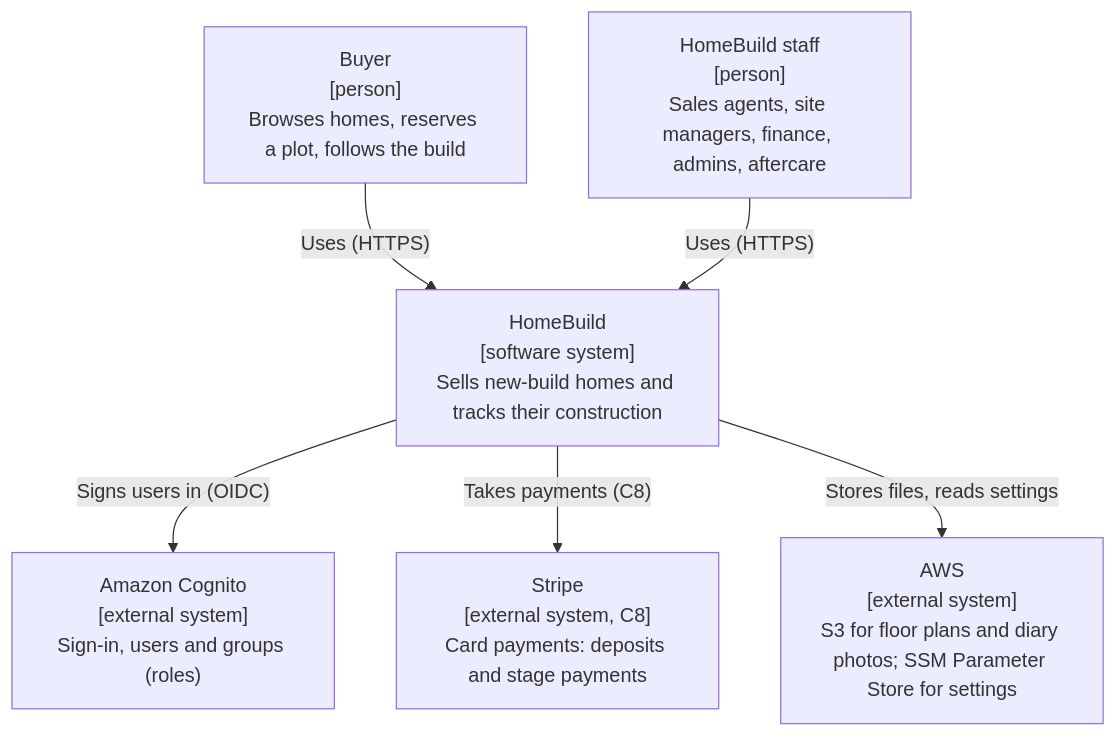
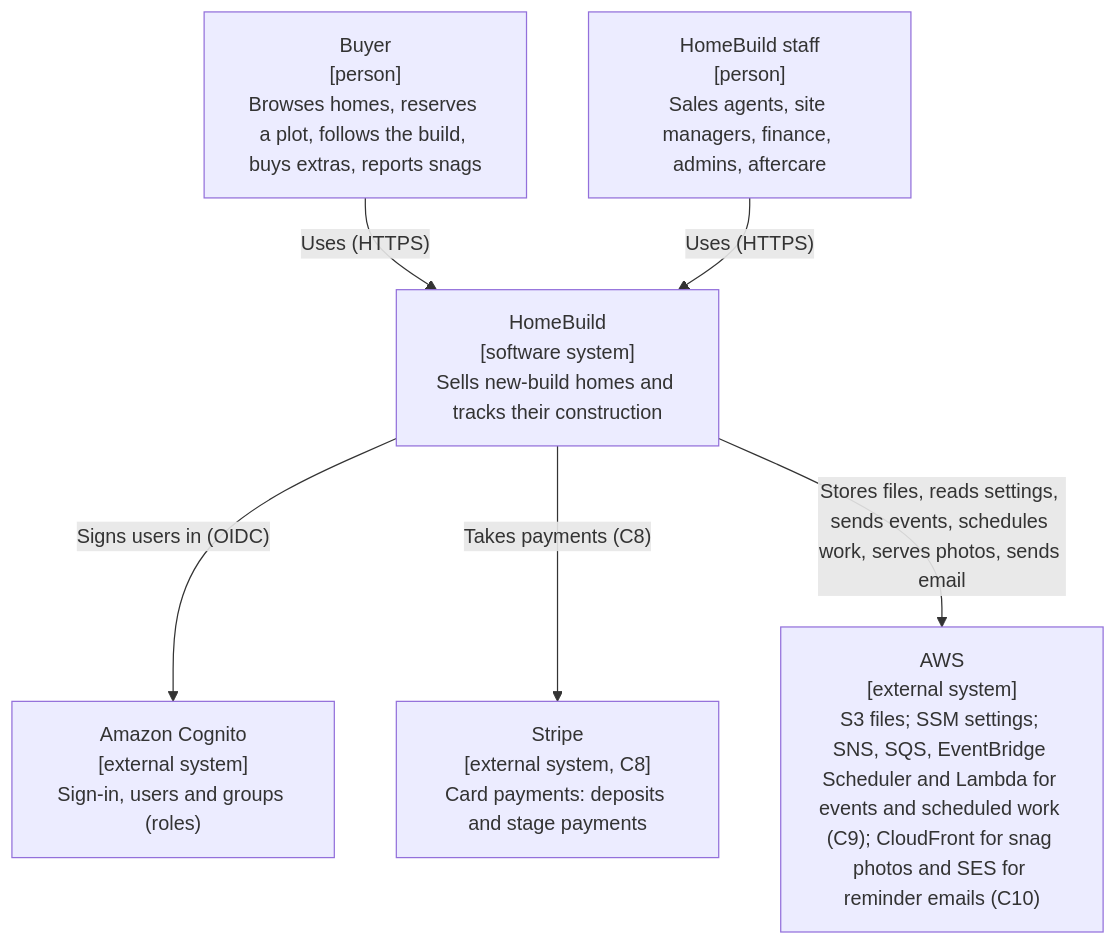
Before and after one commit to SamuGG/homebuild-c1-dryrun: the diagram in docs/architecture/context.md, drawn with Mermaid. The commit also changed 11 other files, not shown here.

````diff
--- a/docs/architecture/context.md
+++ b/docs/architecture/context.md
@@ -3,15 +3,15 @@
 ```mermaid
 flowchart TB
-  buyer["Buyer<br/>[person]<br/>Browses homes, reserves a plot, follows the build"]
+  buyer["Buyer<br/>[person]<br/>Browses homes, reserves a plot, follows the build, buys extras, reports snags"]
   staff["HomeBuild staff<br/>[person]<br/>Sales agents, site managers, finance, admins, aftercare"]
   homebuild["HomeBuild<br/>[software system]<br/>Sells new-build homes and tracks their construction"]
   cognito["Amazon Cognito<br/>[external system]<br/>Sign-in, users and groups (roles)"]
   stripe["Stripe<br/>[external system, C8]<br/>Card payments: deposits and stage payments"]
-  aws["AWS<br/>[external system]<br/>S3 for floor plans and diary photos; SSM Parameter Store for settings"]
+  aws["AWS<br/>[external system]<br/>S3 files; SSM settings; SNS, SQS, EventBridge Scheduler and Lambda for events and scheduled work (C9); CloudFront for snag photos and SES for reminder emails (C10)"]
 
   buyer -- "Uses (HTTPS)" --> homebuild
   staff -- "Uses (HTTPS)" --> homebuild
   homebuild -- "Signs users in (OIDC)" --> cognito
   homebuild -- "Takes payments (C8)" --> stripe
-  homebuild -- "Stores files, reads settings" --> aws
+  homebuild -- "Stores files, reads settings, sends events, schedules work, serves photos, sends email" --> aws
 ```
````
